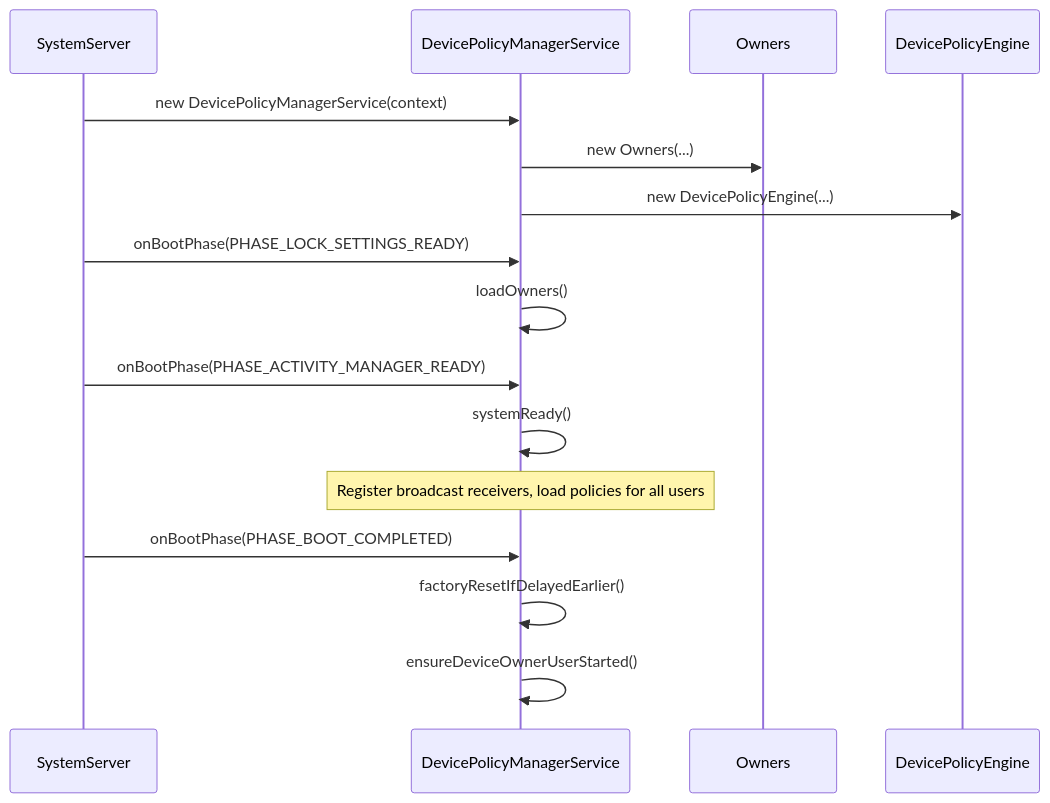
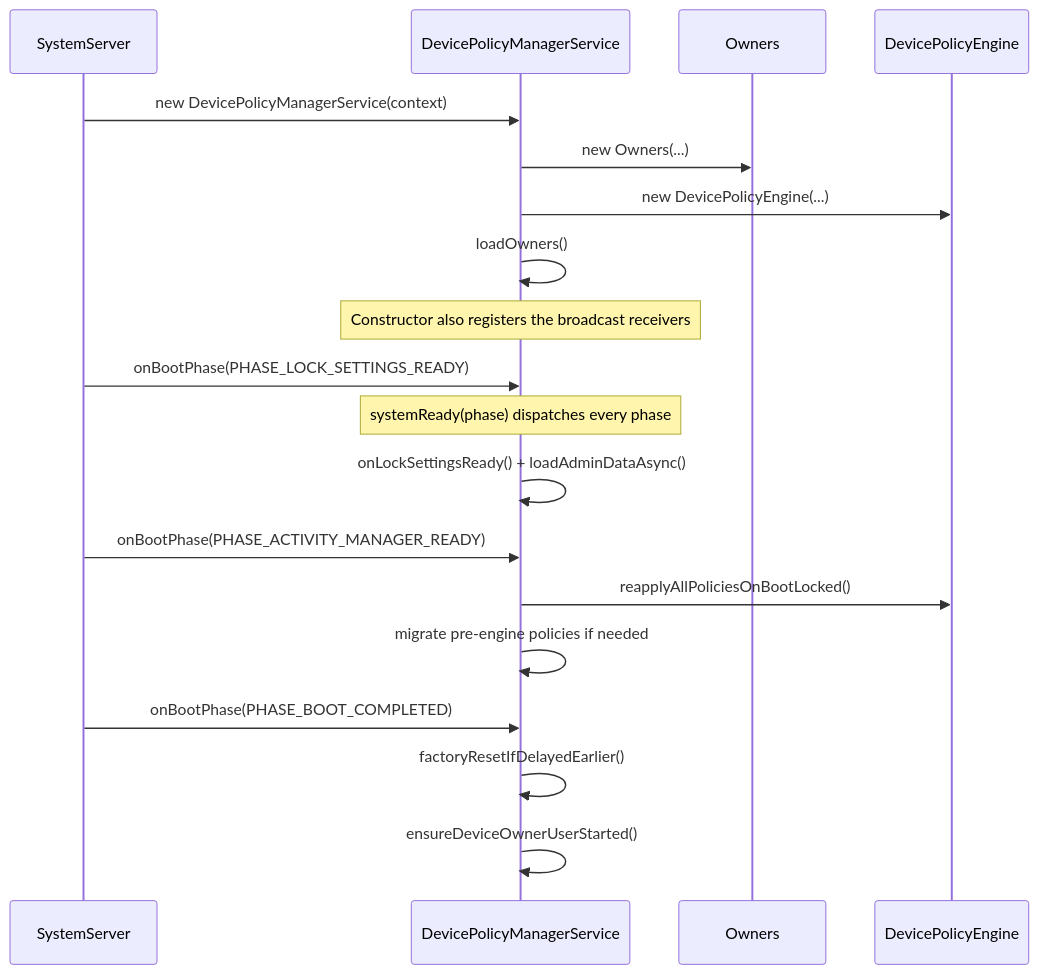
Before and after one commit to aospbooks/aosp-internal-book: the fifth of 30 diagrams in agents/claude/skills/aosp-device-support/61-device-policy.md, drawn with Mermaid. The commit also changed other lines of this file and 218 other files, not shown here.

````diff
--- a/agents/claude/skills/aosp-device-support/61-device-policy.md
+++ b/agents/claude/skills/aosp-device-support/61-device-policy.md
@@ -432,22 +439,25 @@
 ```mermaid
 sequenceDiagram
     participant SS as SystemServer
     participant DPMS as DevicePolicyManagerService
     participant Owners as Owners
     participant Engine as DevicePolicyEngine
 
     SS->>DPMS: new DevicePolicyManagerService(context)
     DPMS->>Owners: new Owners(...)
     DPMS->>Engine: new DevicePolicyEngine(...)
+    DPMS->>DPMS: loadOwners()
+    Note over DPMS: Constructor also registers the broadcast receivers
 
     SS->>DPMS: onBootPhase(PHASE_LOCK_SETTINGS_READY)
-    DPMS->>DPMS: loadOwners()
+    Note over DPMS: systemReady(phase) dispatches every phase
+    DPMS->>DPMS: onLockSettingsReady() + loadAdminDataAsync()
 
     SS->>DPMS: onBootPhase(PHASE_ACTIVITY_MANAGER_READY)
-    DPMS->>DPMS: systemReady()
-    Note over DPMS: Register broadcast receivers, load policies for all users
+    DPMS->>Engine: reapplyAllPoliciesOnBootLocked()
+    DPMS->>DPMS: migrate pre-engine policies if needed
 
     SS->>DPMS: onBootPhase(PHASE_BOOT_COMPLETED)
     DPMS->>DPMS: factoryResetIfDelayedEarlier()
     DPMS->>DPMS: ensureDeviceOwnerUserStarted()
 ```
````
